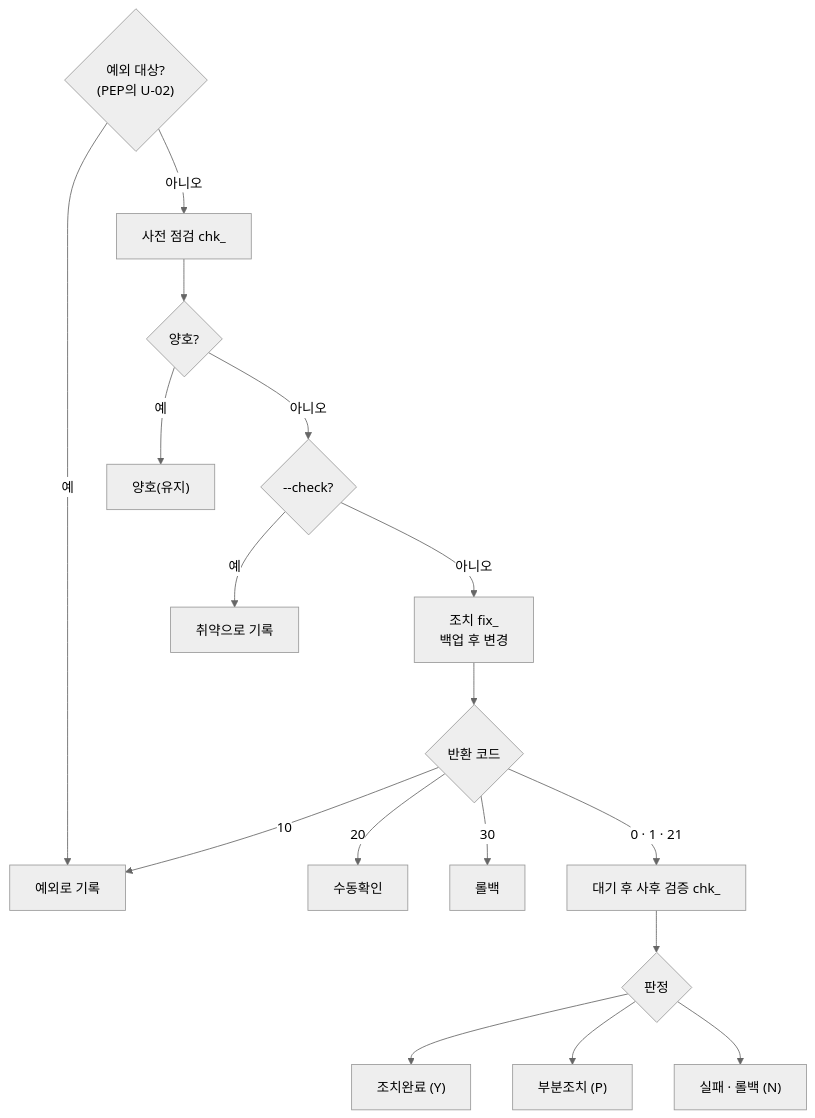
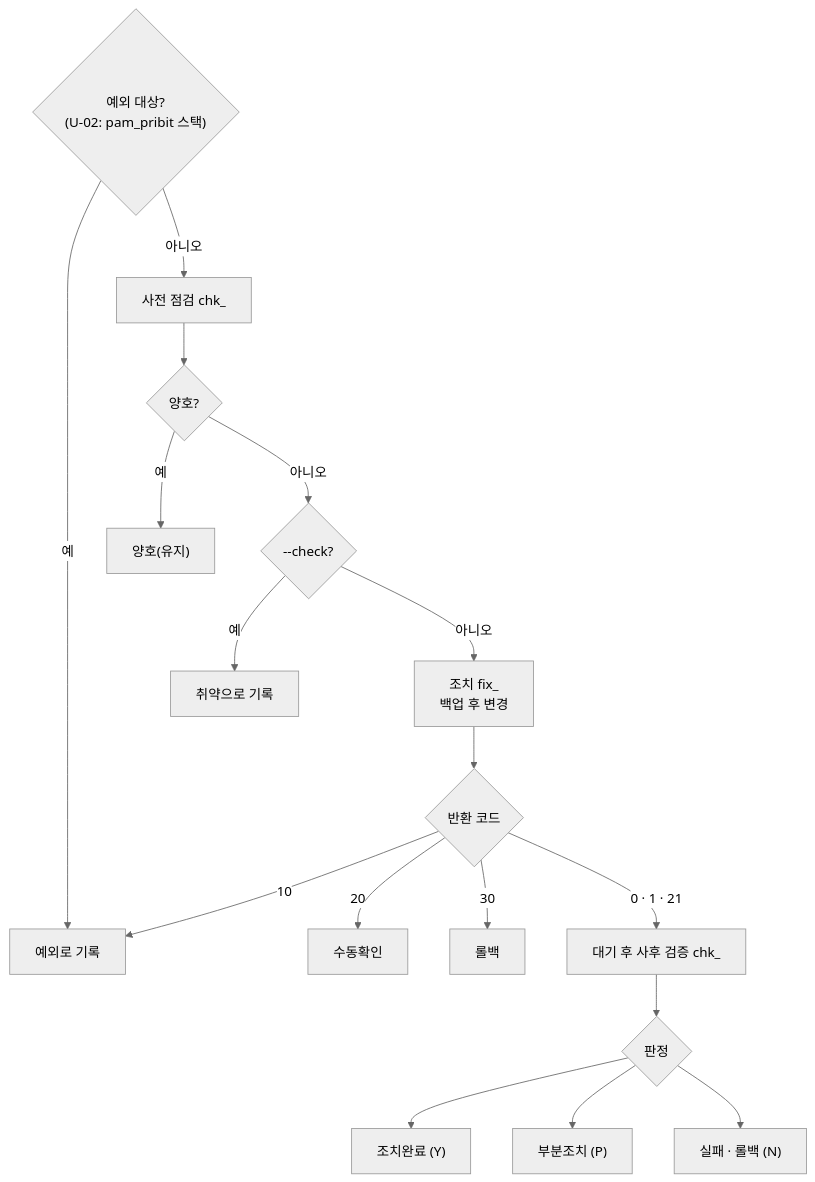
The third of 4 diagrams in vulnerability/docs/architecture.md (yanos0218/Tools), drawn with Mermaid (neutral theme) before and after one commit. The commit also changed 14 other files, not shown here.

First line of the commit message:
refactor(vulnerability)!: 서버 역할(PDP·PEP) 구분을 없애고 U-02 예외를 pam_pribit 스택 감지로 바꿈

````diff
--- a/vulnerability/docs/architecture.md
+++ b/vulnerability/docs/architecture.md
@@ -49,19 +49,19 @@
 ```mermaid
 flowchart TD
-  A{"예외 대상?<br/>(PEP의 U-02)"} -- 예 --> EXC["예외로 기록"]
+  A{"예외 대상?<br/>(U-02: pam_pribit 스택)"} -- 예 --> EXC["예외로 기록"]
   A -- 아니오 --> P["사전 점검 chk_"]
   P --> Q{"양호?"}
   Q -- 예 --> K["양호(유지)"]
   Q -- 아니오 --> M{"--check?"}
   M -- 예 --> V1["취약으로 기록"]
   M -- 아니오 --> F["조치 fix_<br/>백업 후 변경"]
   F --> RC{"반환 코드"}
   RC -- "10" --> EXC
   RC -- "20" --> MAN["수동확인"]
   RC -- "30" --> RBK["롤백"]
   RC -- "0 · 1 · 21" --> W["대기 후 사후 검증 chk_"]
   W --> J{"판정"}
   J --> D1["조치완료 (Y)"]
   J --> D2["부분조치 (P)"]
   J --> D3["실패 · 롤백 (N)"]
 ```
````
